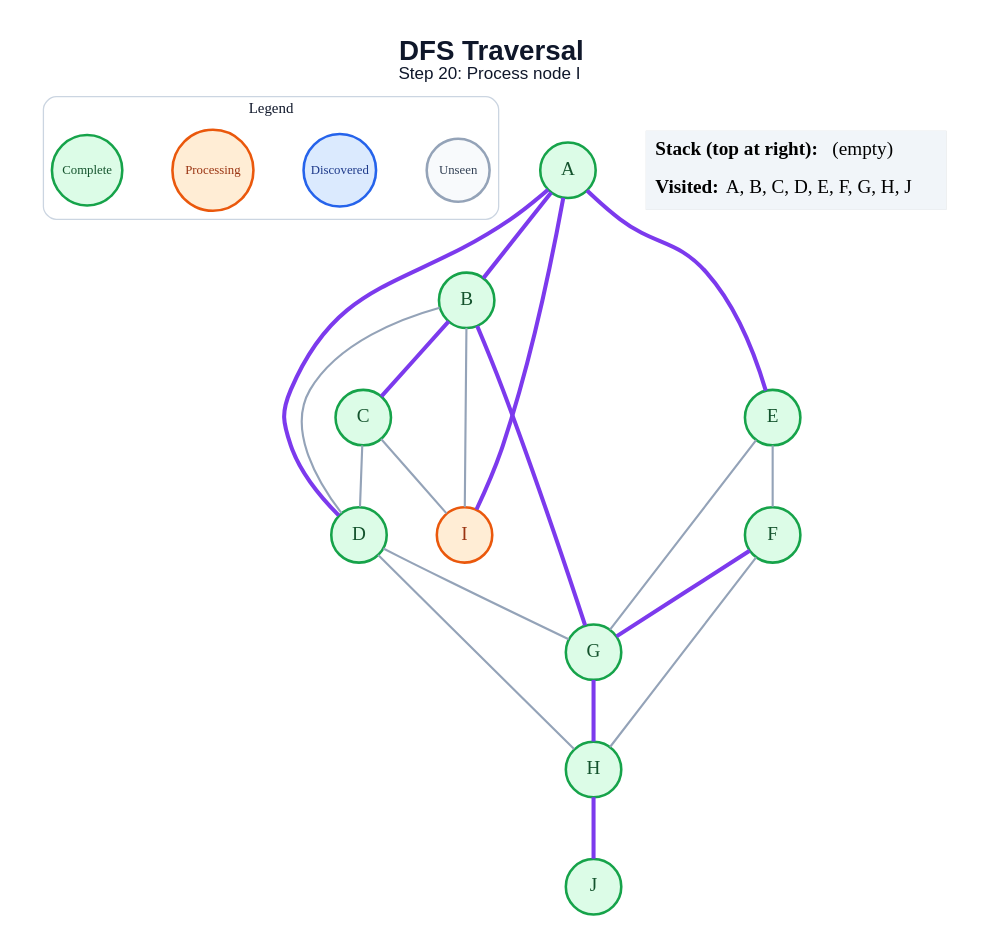
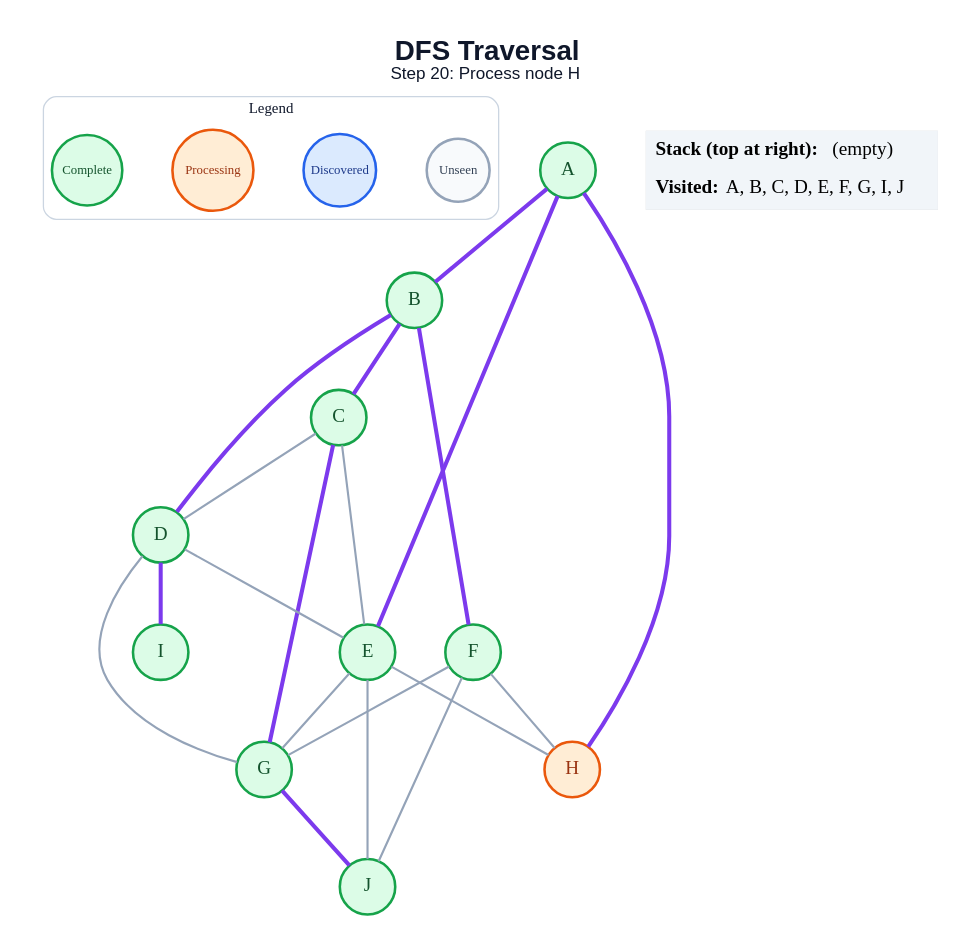
Before and after one commit to amanghodawala9/ai-slop: the diagram in generated/dfs/step_20.dot, drawn with Graphviz. The commit also changed 178 other files, not shown here.

```diff
--- a/generated/dfs/step_20.dot
+++ b/generated/dfs/step_20.dot
@@ -1,47 +1,48 @@
 graph traversal {
   graph [layout=dot, rankdir=TB, bgcolor="#FFFFFF", pad="0.35", nodesep="0.65", ranksep="0.8", fontname="Arial"];
   node [shape=circle, style="filled", fontname="Arial Bold", fontsize=18, width=0.72, fixedsize=true, penwidth=2.4];
   edge [color="#94A3B8", penwidth=2.0];
-  label=<<B>DFS Traversal</B><BR/><FONT POINT-SIZE="16">Step 20: Process node I</FONT>>; labelloc="t"; fontsize=26; fontname="Arial"; fontcolor="#0F172A";
+  label=<<B>DFS Traversal</B><BR/><FONT POINT-SIZE="16">Step 20: Process node H</FONT>>; labelloc="t"; fontsize=26; fontname="Arial"; fontcolor="#0F172A";
   subgraph cluster_legend { label="Legend"; color="#CBD5E1"; penwidth=1.2; style="rounded"; fontsize=14; fontname="Arial Bold";
     key_unseen [label="Unseen", fillcolor="#F8FAFC", color="#94A3B8", fontcolor="#334155", fontsize=12, width=0.82];
     key_frontier [label="Discovered", fillcolor="#DBEAFE", color="#2563EB", fontcolor="#1E3A8A", fontsize=12, width=0.95];
     key_current [label="Processing", fillcolor="#FFEDD5", color="#EA580C", fontcolor="#9A3412", fontsize=12, width=1.05];
     key_done [label="Complete", fillcolor="#DCFCE7", color="#16A34A", fontcolor="#14532D", fontsize=12, width=0.92];
     { rank=same; key_unseen; key_frontier; key_current; key_done; }
   }
   A [fillcolor="#DCFCE7", color="#16A34A", fontcolor="#14532D"];
   B [fillcolor="#DCFCE7", color="#16A34A", fontcolor="#14532D"];
   C [fillcolor="#DCFCE7", color="#16A34A", fontcolor="#14532D"];
   D [fillcolor="#DCFCE7", color="#16A34A", fontcolor="#14532D"];
   E [fillcolor="#DCFCE7", color="#16A34A", fontcolor="#14532D"];
   F [fillcolor="#DCFCE7", color="#16A34A", fontcolor="#14532D"];
   G [fillcolor="#DCFCE7", color="#16A34A", fontcolor="#14532D"];
-  H [fillcolor="#DCFCE7", color="#16A34A", fontcolor="#14532D"];
-  I [fillcolor="#FFEDD5", color="#EA580C", fontcolor="#9A3412"];
+  H [fillcolor="#FFEDD5", color="#EA580C", fontcolor="#9A3412"];
+  I [fillcolor="#DCFCE7", color="#16A34A", fontcolor="#14532D"];
   J [fillcolor="#DCFCE7", color="#16A34A", fontcolor="#14532D"];
   A -- B [color="#7C3AED", penwidth=3.8];
-  A -- D [color="#7C3AED", penwidth=3.8];
   A -- E [color="#7C3AED", penwidth=3.8];
-  A -- I [color="#7C3AED", penwidth=3.8];
+  A -- H [color="#7C3AED", penwidth=3.8];
   B -- C [color="#7C3AED", penwidth=3.8];
-  B -- D;
-  B -- G [color="#7C3AED", penwidth=3.8];
-  B -- I;
+  B -- D [color="#7C3AED", penwidth=3.8];
+  B -- F [color="#7C3AED", penwidth=3.8];
   C -- D;
-  C -- I;
+  C -- E;
+  C -- G [color="#7C3AED", penwidth=3.8];
+  D -- E;
   D -- G;
-  D -- H;
-  E -- F;
+  D -- I [color="#7C3AED", penwidth=3.8];
   E -- G;
-  F -- G [color="#7C3AED", penwidth=3.8];
+  E -- H;
+  E -- J;
+  F -- G;
   F -- H;
-  G -- H [color="#7C3AED", penwidth=3.8];
-  H -- J [color="#7C3AED", penwidth=3.8];
+  F -- J;
+  G -- J [color="#7C3AED", penwidth=3.8];
   status [shape=plain, fixedsize=false, width=0, height=0, margin=0, label=<
     <TABLE BORDER="0" CELLBORDER="0" CELLPADDING="7" BGCOLOR="#F1F5F9">
       <TR><TD ALIGN="LEFT"><B>Stack (top at right):</B> (empty)</TD></TR>
-      <TR><TD ALIGN="LEFT"><B>Visited:</B> A, B, C, D, E, F, G, H, J</TD></TR>
+      <TR><TD ALIGN="LEFT"><B>Visited:</B> A, B, C, D, E, F, G, I, J</TD></TR>
     </TABLE>
   >];
 }
```
